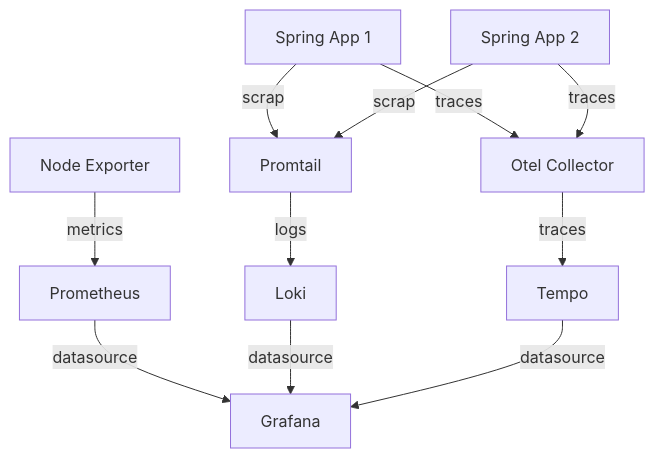
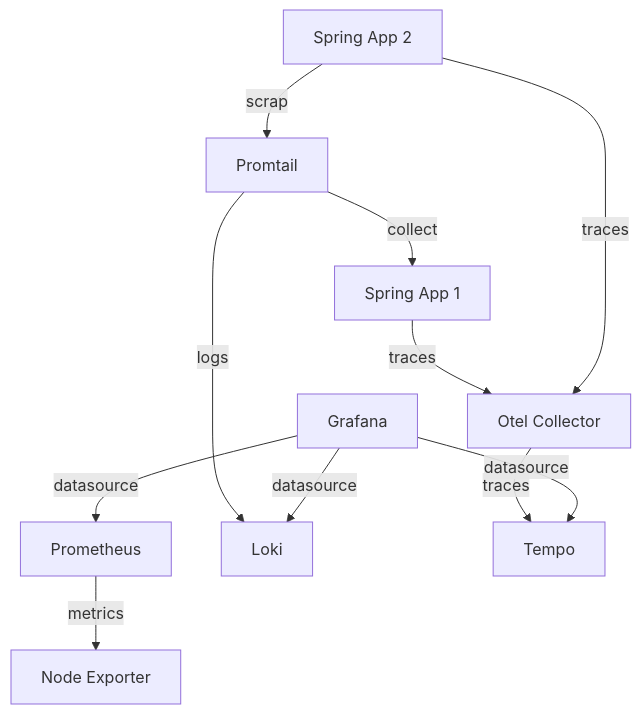
One commit to apolzek/shared changed the diagram in content/002/README.md. Above: the diagram before and after it, drawn with Mermaid. The commit also changed other lines of this file and 2 other files, not shown here.

Commit message:
update poc 002

````diff
--- a/content/002/README.md
+++ b/content/002/README.md
@@ -20,26 +20,18 @@
 ```mermaid
 graph TD
-    A[Node Exporter] -->|metrics| B[Prometheus]
-    B -->|datasource| G[Grafana]
+    B[Prometheus]-->|metrics| A[Node Exporter]
+    G[Grafana] -->|datasource| B
 
-    H[Spring App 1] -->|scrap| J[Promtail]
+    J[Promtail] -->|collect| H[Spring App 1]
     I[Spring App 2] -->|scrap| J
     J -->|logs| C[Loki]
-    C -->|datasource| G
+    G -->|datasource| C
 
     H -->|traces| F[Otel Collector]
     I -->|traces| F
     F -->|traces| D[Tempo]
-    D -->|datasource| G
+    G -->|datasource| D
 
-    %% Optional styling (commented out if unsupported)
-    %% style A fill:#e34c26,stroke:#000,color:#fff
-    %% style B fill:#e34c26,stroke:#000,color:#fff
-    %% style C fill:#f9c846,stroke:#000
-    %% style D fill:#f46d3c,stroke:#000
-    %% style F fill:#000,color:#fff
-    %% style G fill:#f46800,stroke:#000
-    %% style H fill:#8fd18f,stroke:#000
-    %% style I fill:#8fd18f,stroke:#000
-    %% style J fill:#ffdb3a,stroke:#000
+    %% Layout fixes (optional)
+
 ```
````
